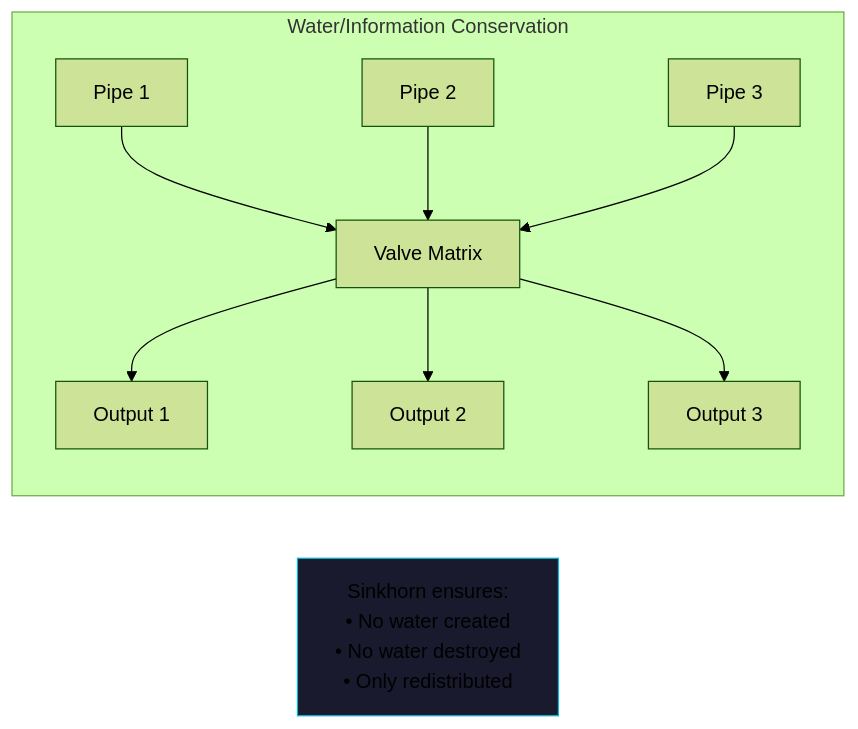
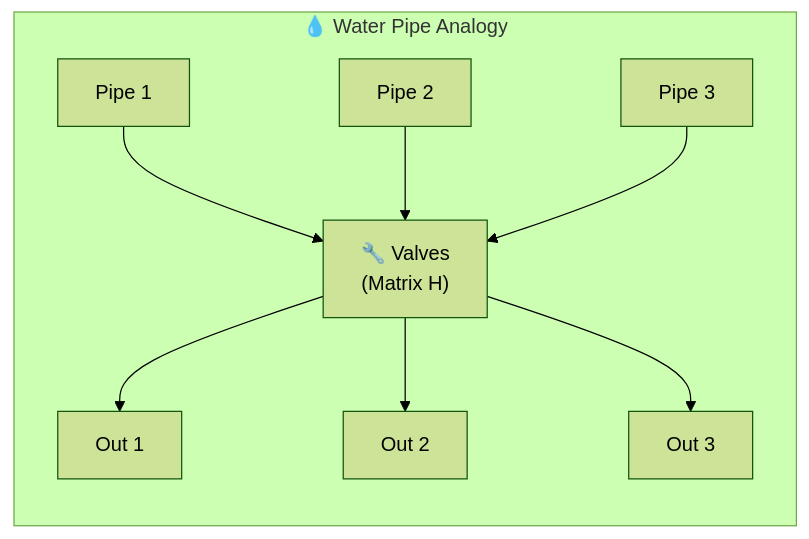
Before and after one commit to sandeeppandey456/sandeeppandey456.github.io: the tenth of 11 diagrams in _posts/2026-01-06-manifold-constrained-hyper-connections.md, drawn with Mermaid (forest theme). The commit also changed other lines of this file, not shown here.

```diff
--- a/_posts/2026-01-06-manifold-constrained-hyper-connections.md
+++ b/_posts/2026-01-06-manifold-constrained-hyper-connections.md
@@ -378,16 +428,11 @@
 <div class="mermaid">
-flowchart LR
-    subgraph Conservation["Water/Information Conservation"]
-        direction TB
-        P1[Pipe 1] --> V[Valve Matrix]
-        P2[Pipe 2] --> V
-        P3[Pipe 3] --> V
-        V --> O1[Output 1]
-        V --> O2[Output 2]
-        V --> O3[Output 3]
+graph LR
+    subgraph Water["💧 Water Pipe Analogy"]
+        P1["Pipe 1"] --> V["🔧 Valves<br/>(Matrix H)"]
+        P2["Pipe 2"] --> V
+        P3["Pipe 3"] --> V
+        V --> O1["Out 1"]
+        V --> O2["Out 2"]
+        V --> O3["Out 3"]
     end
-    
-    Note["Sinkhorn ensures:<br/>• No water created<br/>• No water destroyed<br/>• Only redistributed"]
-    
-    style Note fill:#1a1a2e,stroke:#06b6d4
 </div>
```
